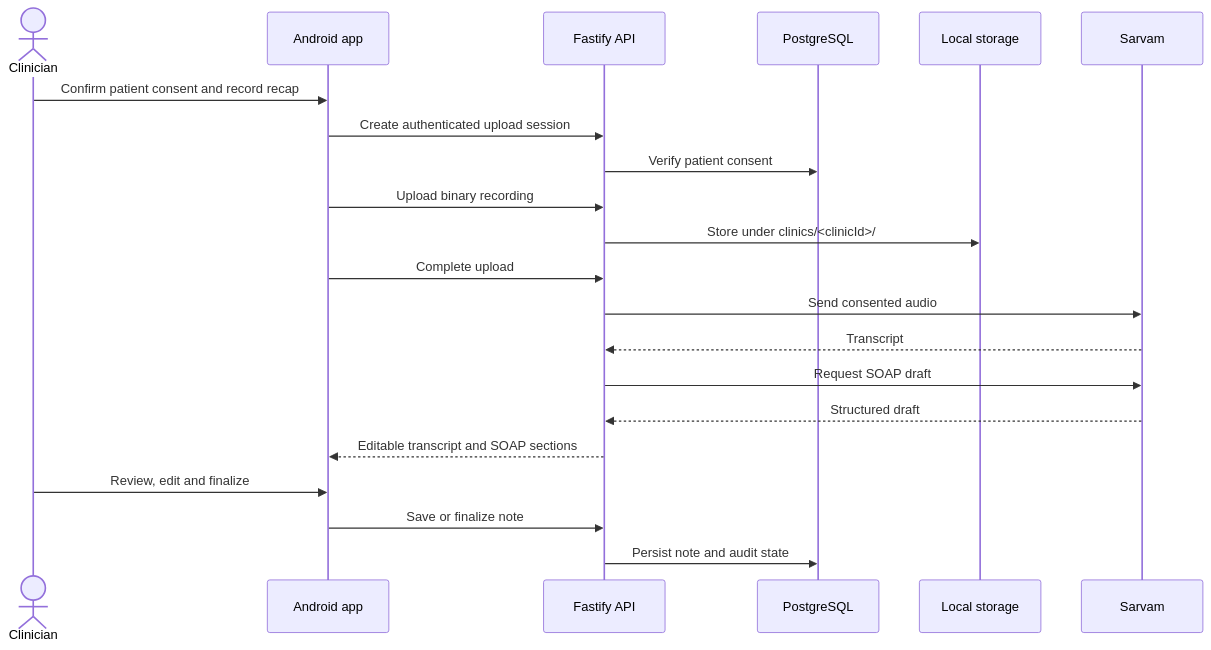
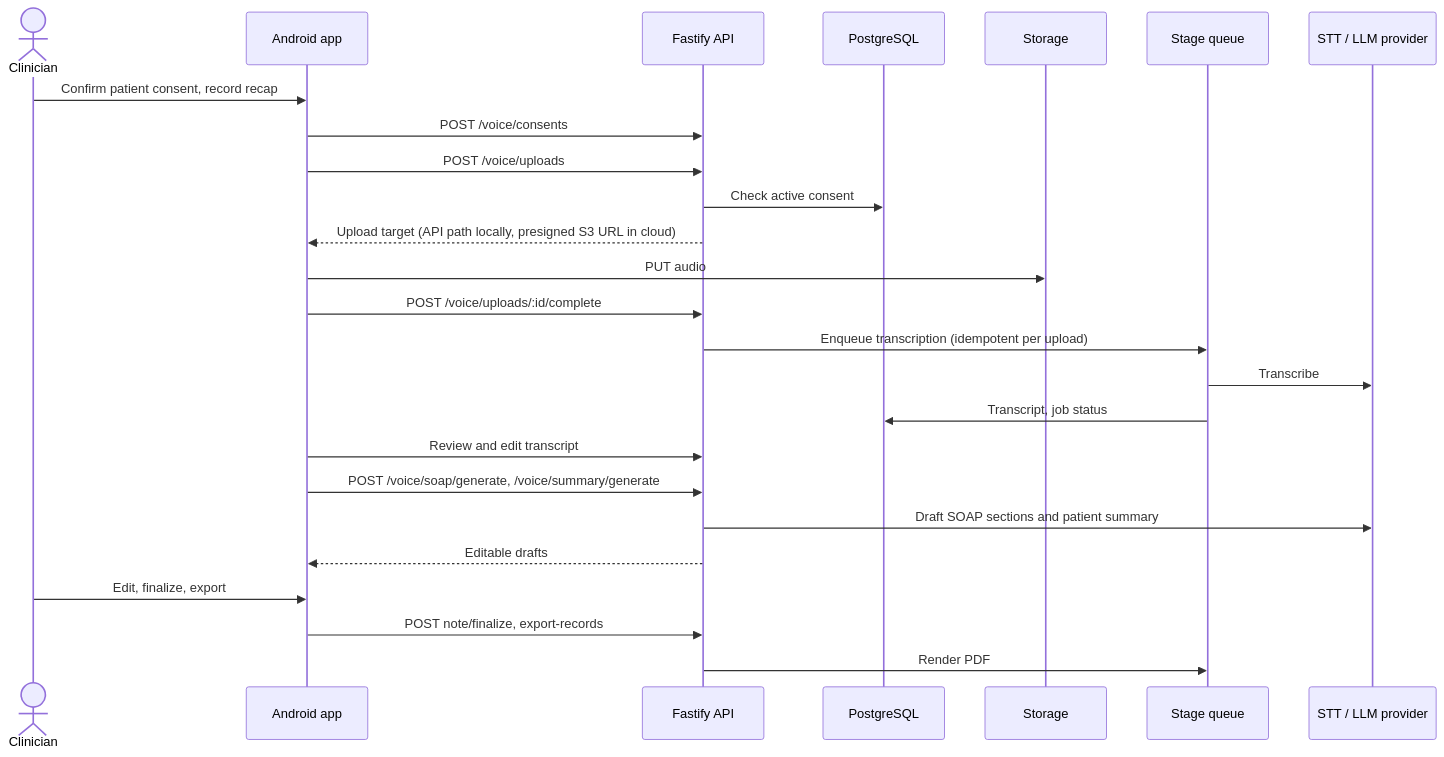
One commit to MurtazaSaifee/physio-note-finisher changed the third of 3 diagrams in docs/architecture.md. Above: the diagram before and after it, drawn with Mermaid. The commit also changed other lines of this file and 344 other files, not shown here.

````diff
--- a/docs/architecture.md
+++ b/docs/architecture.md
@@ -12,24 +63,28 @@
 ```mermaid
 sequenceDiagram
   actor Clinician
   participant App as Android app
   participant API as Fastify API
   participant DB as PostgreSQL
-  participant Files as Local storage
-  participant AI as Sarvam
+  participant Store as Storage
+  participant Q as Stage queue
+  participant AI as STT / LLM provider
 
-  Clinician->>App: Confirm patient consent and record recap
-  App->>API: Create authenticated upload session
-  API->>DB: Verify patient consent
-  App->>API: Upload binary recording
-  API->>Files: Store under clinics/<clinicId>/
-  App->>API: Complete upload
-  API->>AI: Send consented audio
-  AI-->>API: Transcript
-  API->>AI: Request SOAP draft
-  AI-->>API: Structured draft
-  API-->>App: Editable transcript and SOAP sections
-  Clinician->>App: Review, edit and finalize
-  App->>API: Save or finalize note
-  API->>DB: Persist note and audit state
+  Clinician->>App: Confirm patient consent, record recap
+  App->>API: POST /voice/consents
+  App->>API: POST /voice/uploads
+  API->>DB: Check active consent
+  API-->>App: Upload target (API path locally, presigned S3 URL in cloud)
+  App->>Store: PUT audio
+  App->>API: POST /voice/uploads/:id/complete
+  API->>Q: Enqueue transcription (idempotent per upload)
+  Q->>AI: Transcribe
+  Q->>DB: Transcript, job status
+  App->>API: Review and edit transcript
+  App->>API: POST /voice/soap/generate, /voice/summary/generate
+  API->>AI: Draft SOAP sections and patient summary
+  API-->>App: Editable drafts
+  Clinician->>App: Edit, finalize, export
+  App->>API: POST note/finalize, export-records
+  API->>Q: Render PDF
 ```
````
